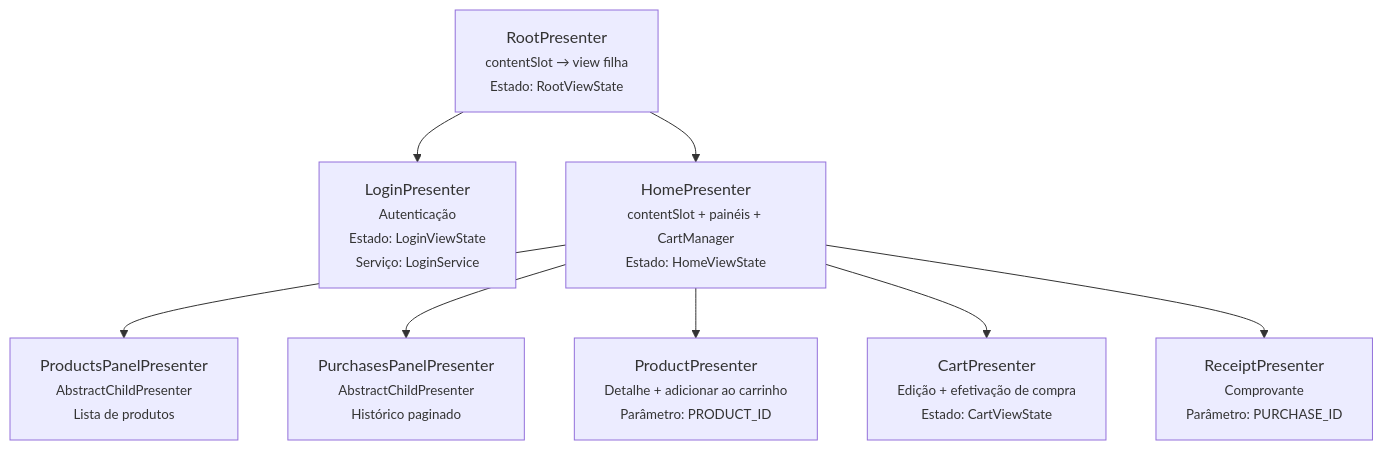
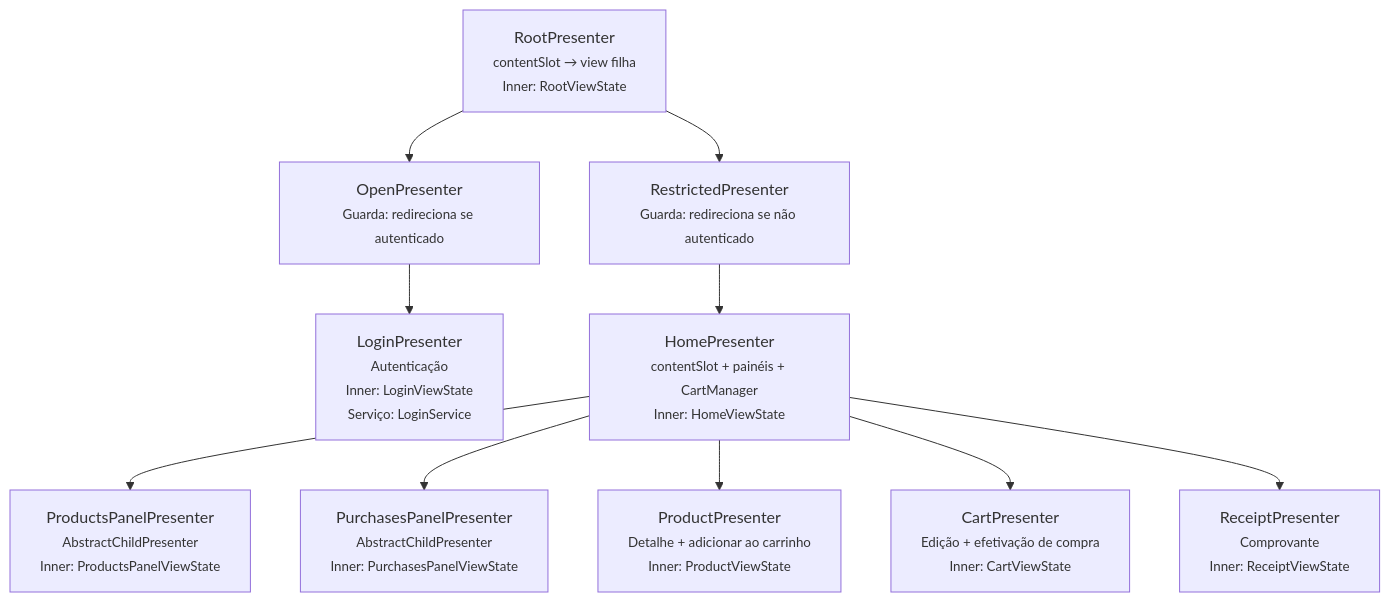
The third of 3 diagrams in fontes/br.com.wdc.shopping/br.com.wdc.shopping.presentation/README.md (mrcdom/wdc-cube-java-v2), drawn with Mermaid before and after one commit. The commit also changed other lines of this file, not shown here.

````diff
--- a/fontes/br.com.wdc.shopping/br.com.wdc.shopping.presentation/README.md
+++ b/fontes/br.com.wdc.shopping/br.com.wdc.shopping.presentation/README.md
@@ -98,14 +100,17 @@
 ```mermaid
 graph TD
-    RootP["RootPresenter<br/><small>contentSlot → view filha<br/>Estado: RootViewState</small>"]
+    RootP["RootPresenter<br/><small>contentSlot → view filha<br/>Inner: RootViewState</small>"]
 
-    RootP --> LoginP["LoginPresenter<br/><small>Autenticação<br/>Estado: LoginViewState<br/>Serviço: LoginService</small>"]
+    RootP --> OpenP["OpenPresenter<br/><small>Guarda: redireciona se autenticado</small>"]
+    RootP --> RestrictedP["RestrictedPresenter<br/><small>Guarda: redireciona se não autenticado</small>"]
 
-    RootP --> HomeP["HomePresenter<br/><small>contentSlot + painéis + CartManager<br/>Estado: HomeViewState</small>"]
+    OpenP --> LoginP["LoginPresenter<br/><small>Autenticação<br/>Inner: LoginViewState<br/>Serviço: LoginService</small>"]
 
-    HomeP --> ProdPanelP["ProductsPanelPresenter<br/><small>AbstractChildPresenter<br/>Lista de produtos</small>"]
-    HomeP --> PurchPanelP["PurchasesPanelPresenter<br/><small>AbstractChildPresenter<br/>Histórico paginado</small>"]
-    HomeP --> ProductP["ProductPresenter<br/><small>Detalhe + adicionar ao carrinho<br/>Parâmetro: PRODUCT_ID</small>"]
-    HomeP --> CartP["CartPresenter<br/><small>Edição + efetivação de compra<br/>Estado: CartViewState</small>"]
-    HomeP --> ReceiptP["ReceiptPresenter<br/><small>Comprovante<br/>Parâmetro: PURCHASE_ID</small>"]
+    RestrictedP --> HomeP["HomePresenter<br/><small>contentSlot + painéis + CartManager<br/>Inner: HomeViewState</small>"]
+
+    HomeP --> ProdPanelP["ProductsPanelPresenter<br/><small>AbstractChildPresenter<br/>Inner: ProductsPanelViewState</small>"]
+    HomeP --> PurchPanelP["PurchasesPanelPresenter<br/><small>AbstractChildPresenter<br/>Inner: PurchasesPanelViewState</small>"]
+    HomeP --> ProductP["ProductPresenter<br/><small>Detalhe + adicionar ao carrinho<br/>Inner: ProductViewState</small>"]
+    HomeP --> CartP["CartPresenter<br/><small>Edição + efetivação de compra<br/>Inner: CartViewState</small>"]
+    HomeP --> ReceiptP["ReceiptPresenter<br/><small>Comprovante<br/>Inner: ReceiptViewState</small>"]
 ```
````
